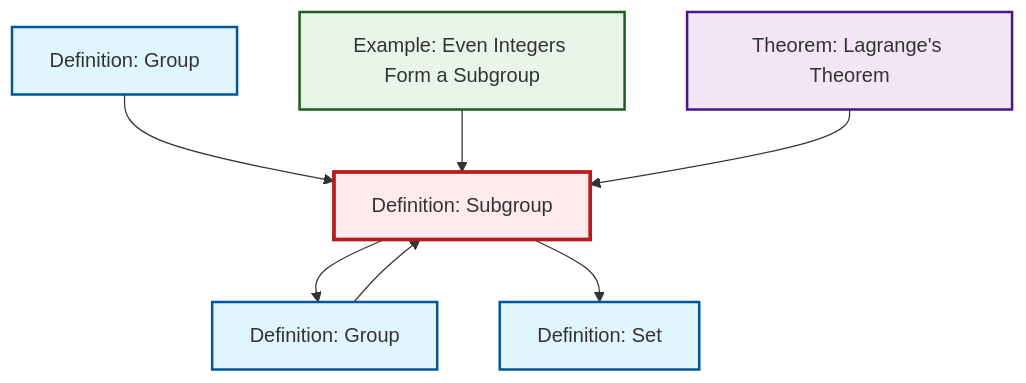
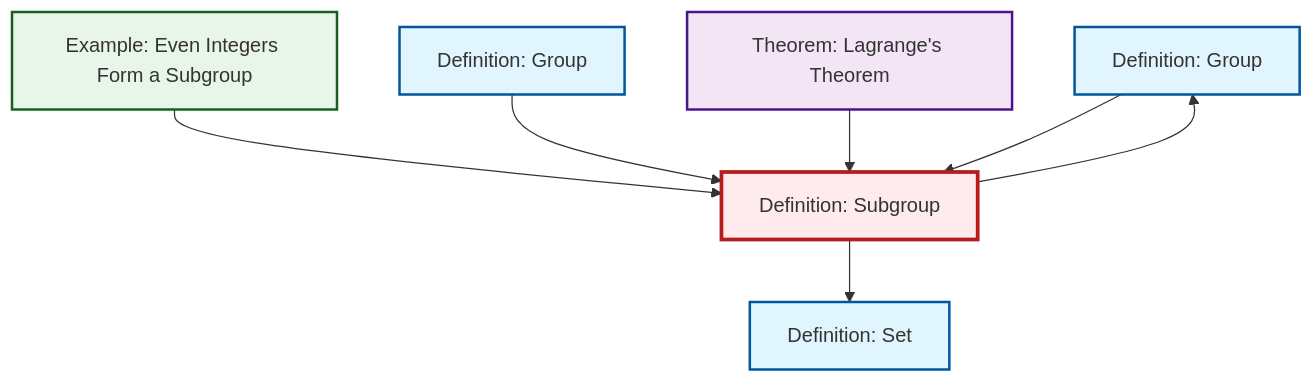
One commit to RK0429/ModernMath changed the diagram in output/mermaid/def-subgroup.mermaid. Above: the diagram before and after it, drawn with Mermaid. The commit also changed other lines of this file and 1122 other files, not shown here.

````diff
--- a/output/mermaid/def-subgroup.mermaid
+++ b/output/mermaid/def-subgroup.mermaid
@@ -1,22 +1,22 @@
 ```{mermaid}
 %%| fig-cap: "Local dependency graph"
 graph TD
     classDef definition fill:#e1f5fe,stroke:#01579b,stroke-width:2px
     classDef theorem fill:#f3e5f5,stroke:#4a148c,stroke-width:2px
     classDef axiom fill:#fff3e0,stroke:#e65100,stroke-width:2px
     classDef example fill:#e8f5e9,stroke:#1b5e20,stroke-width:2px
     classDef current fill:#ffebee,stroke:#b71c1c,stroke-width:3px
+    def-group["Definition: Group"]:::definition
     ex-even-integers-subgroup["Example: Even Integers Form a Subgroup"]:::example
+    def-group-example["Definition: Group"]:::definition
     def-subgroup["Definition: Subgroup"]:::definition
+    thm-lagrange["Theorem: Lagrange's Theorem"]:::theorem
     def-set["Definition: Set"]:::definition
-    def-group-example["Definition: Group"]:::definition
-    def-group["Definition: Group"]:::definition
-    thm-lagrange["Theorem: Lagrange's Theorem"]:::theorem
-    def-subgroup --> def-group
+    ex-even-integers-subgroup --> def-subgroup
     def-subgroup --> def-set
     def-group-example --> def-subgroup
-    ex-even-integers-subgroup --> def-subgroup
+    def-subgroup --> def-group
+    thm-lagrange --> def-subgroup
     def-group --> def-subgroup
-    thm-lagrange --> def-subgroup
     class def-subgroup current
 ```
````
